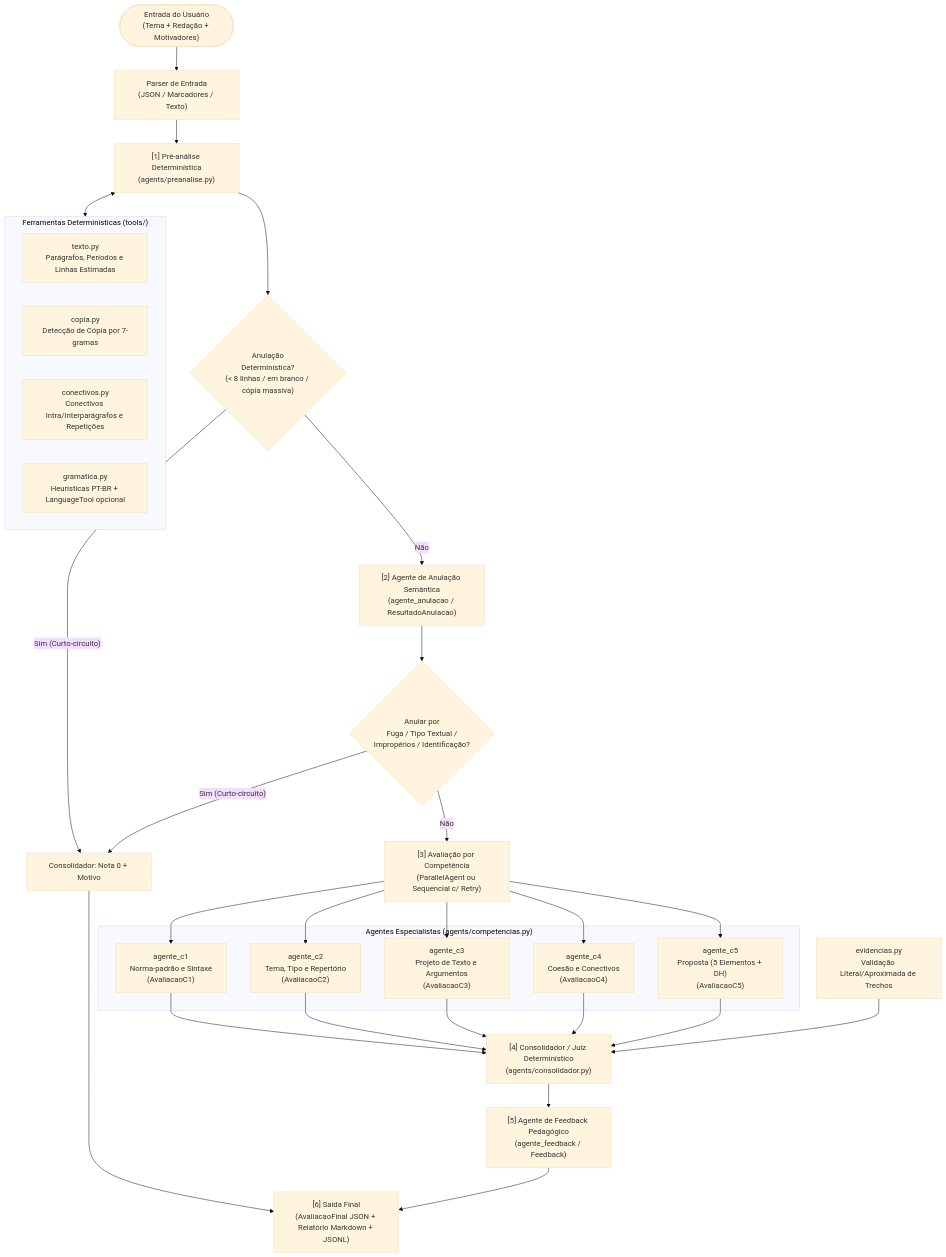
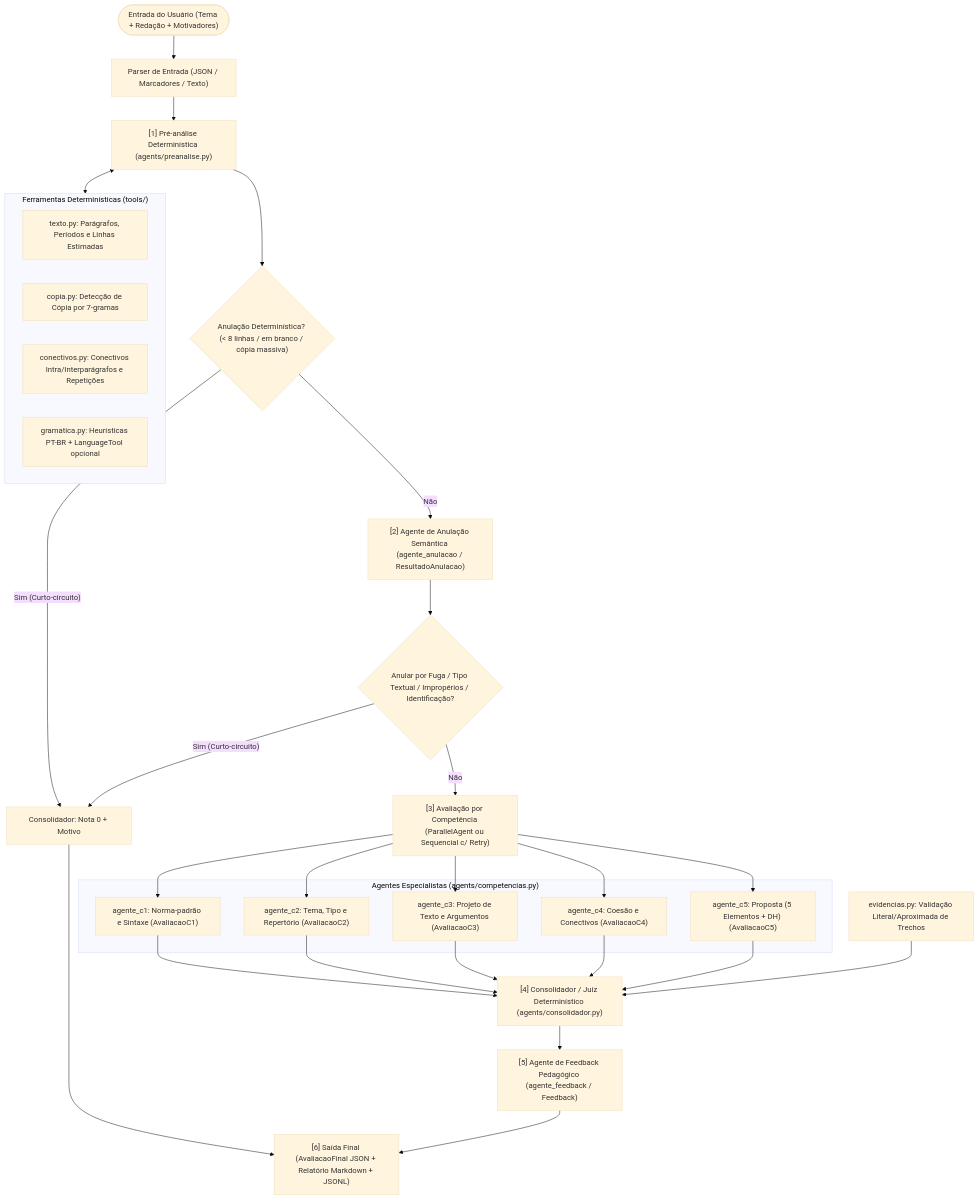
One commit to hlaff147/enem-ai-corrector changed the first of 4 diagrams in README.md. Above: the diagram before and after it, drawn with Mermaid (base theme). The commit also changed other lines of this file, not shown here.

Commit message:
fix(docs): corrige sintaxe Mermaid do sequenceDiagram no README (palavra reservada Par)

````diff
--- a/README.md
+++ b/README.md
@@ -14,39 +14,39 @@
 ```mermaid
 flowchart TD
-    U(["Entrada do Usuário<br/>(Tema + Redação + Motivadores)"]) --> E["Parser de Entrada<br/>(JSON / Marcadores / Texto)"]
-    E --> P["[1] Pré-análise Determinística<br/>(agents/preanalise.py)"]
+    U(["Entrada do Usuário (Tema + Redação + Motivadores)"]) --> E["Parser de Entrada (JSON / Marcadores / Texto)"]
+    E --> P["[1] Pré-análise Determinística (agents/preanalise.py)"]
 
     subgraph Tools["Ferramentas Determinísticas (tools/)"]
-        T1["texto.py<br/>Parágrafos, Períodos e Linhas Estimadas"]
-        T2["copia.py<br/>Detecção de Cópia por 7-gramas"]
-        T3["conectivos.py<br/>Conectivos Intra/Interparágrafos e Repetições"]
-        T4["gramatica.py<br/>Heurísticas PT-BR + LanguageTool opcional"]
+        T1["texto.py: Parágrafos, Períodos e Linhas Estimadas"]
+        T2["copia.py: Detecção de Cópia por 7-gramas"]
+        T3["conectivos.py: Conectivos Intra/Interparágrafos e Repetições"]
+        T4["gramatica.py: Heurísticas PT-BR + LanguageTool opcional"]
     end
 
     P <--> Tools
-    P --> D1{"Anulação<br/>Determinística?<br/>(< 8 linhas / em branco / cópia massiva)"}
+    P --> D1{"Anulação Determinística? (< 8 linhas / em branco / cópia massiva)"}
     D1 -- "Sim (Curto-circuito)" --> Z["Consolidador: Nota 0 + Motivo"]
 
-    D1 -- "Não" --> A2["[2] Agente de Anulação Semântica<br/>(agente_anulacao / ResultadoAnulacao)"]
-    A2 --> D2{"Anular por<br/>Fuga / Tipo Textual /<br/>Impropérios / Identificação?"}
+    D1 -- "Não" --> A2["[2] Agente de Anulação Semântica (agente_anulacao / ResultadoAnulacao)"]
+    A2 --> D2{"Anular por Fuga / Tipo Textual / Impropérios / Identificação?"}
     D2 -- "Sim (Curto-circuito)" --> Z
 
-    D2 -- "Não" --> PAR["[3] Avaliação por Competência<br/>(ParallelAgent ou Sequencial c/ Retry)"]
+    D2 -- "Não" --> PARALLEL["[3] Avaliação por Competência (ParallelAgent ou Sequencial c/ Retry)"]
 
     subgraph Comp["Agentes Especialistas (agents/competencias.py)"]
-        C1["agente_c1<br/>Norma-padrão e Sintaxe<br/>(AvaliacaoC1)"]
-        C2["agente_c2<br/>Tema, Tipo e Repertório<br/>(AvaliacaoC2)"]
-        C3["agente_c3<br/>Projeto de Texto e Argumentos<br/>(AvaliacaoC3)"]
-        C4["agente_c4<br/>Coesão e Conectivos<br/>(AvaliacaoC4)"]
-        C5["agente_c5<br/>Proposta (5 Elementos + DH)<br/>(AvaliacaoC5)"]
+        C1["agente_c1: Norma-padrão e Sintaxe (AvaliacaoC1)"]
+        C2["agente_c2: Tema, Tipo e Repertório (AvaliacaoC2)"]
+        C3["agente_c3: Projeto de Texto e Argumentos (AvaliacaoC3)"]
+        C4["agente_c4: Coesão e Conectivos (AvaliacaoC4)"]
+        C5["agente_c5: Proposta (5 Elementos + DH) (AvaliacaoC5)"]
     end
 
-    PAR --> C1 & C2 & C3 & C4 & C5
-    C1 & C2 & C3 & C4 & C5 --> J["[4] Consolidador / Juiz Determinístico<br/>(agents/consolidador.py)"]
+    PARALLEL --> C1 & C2 & C3 & C4 & C5
+    C1 & C2 & C3 & C4 & C5 --> J["[4] Consolidador / Juiz Determinístico (agents/consolidador.py)"]
 
-    EV["evidencias.py<br/>Validação Literal/Aproximada de Trechos"] --> J
+    EV["evidencias.py: Validação Literal/Aproximada de Trechos"] --> J
 
-    J --> FB["[5] Agente de Feedback Pedagógico<br/>(agente_feedback / Feedback)"]
-    Z --> OUT["[6] Saída Final<br/>(AvaliacaoFinal JSON + Relatório Markdown + JSONL)"]
+    J --> FB["[5] Agente de Feedback Pedagógico (agente_feedback / Feedback)"]
+    Z --> OUT["[6] Saída Final (AvaliacaoFinal JSON + Relatório Markdown + JSONL)"]
     FB --> OUT
 ```
````
